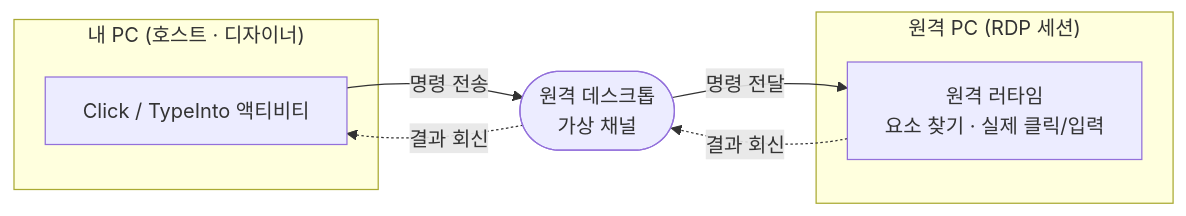
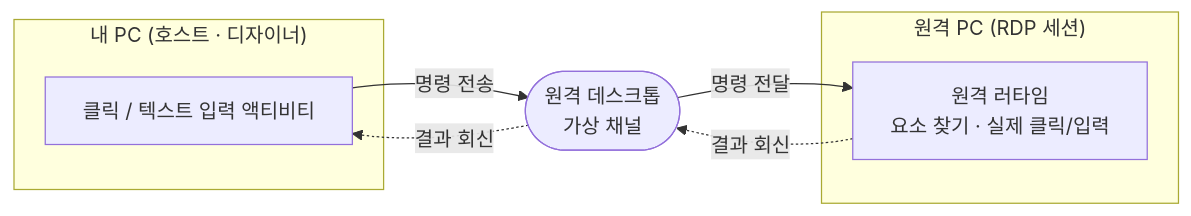
The diagram in docs/user/remote-desktop.md (DxSolutions1/neorpa-docs), drawn with Mermaid before and after one commit. The commit also changed other lines of this file and 8 other files, not shown here.

````diff
--- a/docs/user/remote-desktop.md
+++ b/docs/user/remote-desktop.md
@@ -11,13 +11,13 @@
 ```mermaid
 flowchart LR
     subgraph HOST["내 PC (호스트 · 디자이너)"]
-        A["Click / TypeInto 액티비티"]
+        A["클릭 / 텍스트 입력 액티비티"]
     end
     subgraph REMOTE["원격 PC (RDP 세션)"]
         C["원격 러타임<br/>요소 찾기 · 실제 클릭/입력"]
     end
     A -->|"명령 전송"| CH(["원격 데스크톱<br/>가상 채널"])
     CH -->|"명령 전달"| C
     C -.->|"결과 회신"| CH
     CH -.->|"결과 회신"| A
 ```
````
